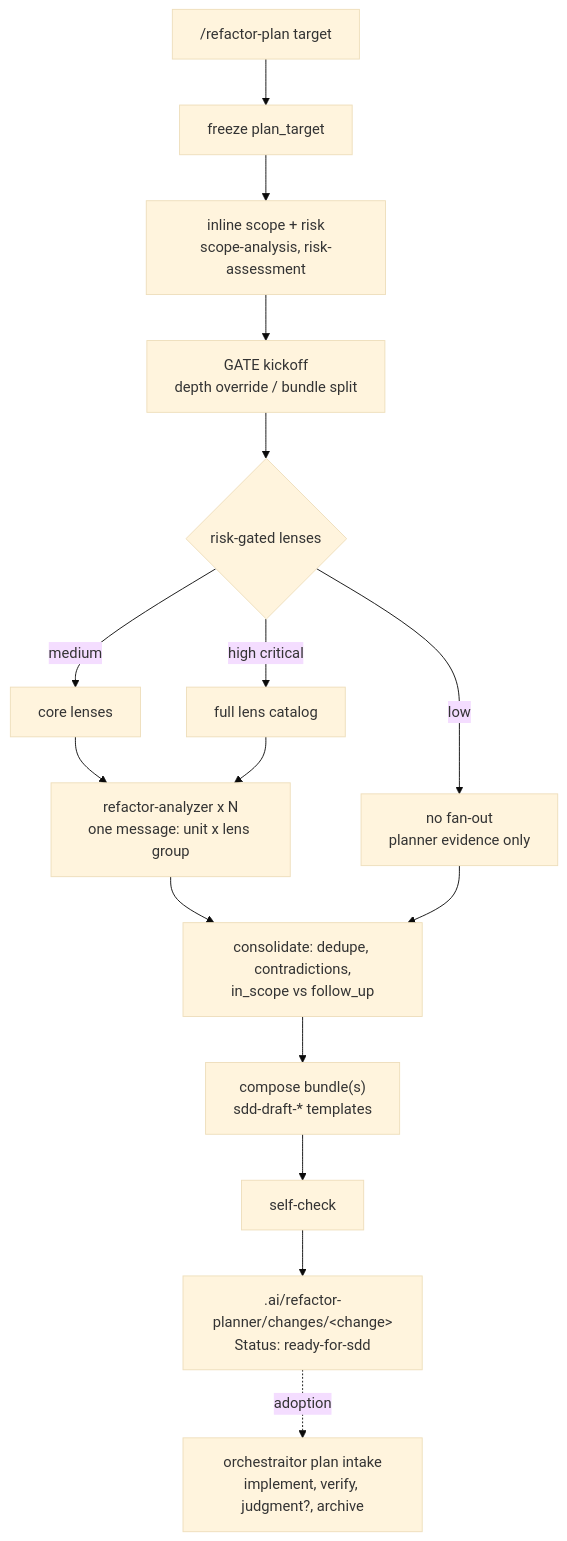
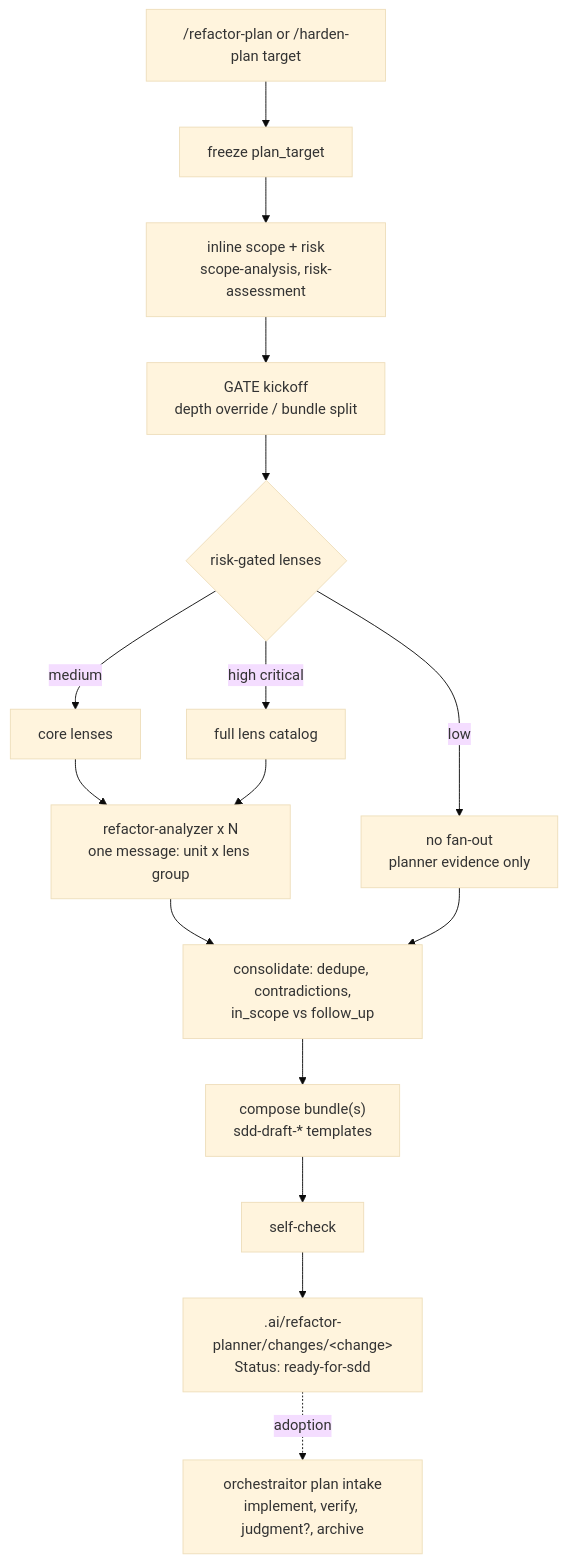
The third of 5 diagrams in docs/harness-flow-map.md (andresnator/agents-orchestrator), drawn with Mermaid (base theme) before and after one commit. The commit also changed other lines of this file and 20 other files, not shown here.

First line of the commit message:
feat(refactor): introduce /harden-plan for test safety net before refactoring

````diff
--- a/docs/harness-flow-map.md
+++ b/docs/harness-flow-map.md
@@ -137,20 +138,20 @@
 ```mermaid
 flowchart TD
-  Start["/refactor-plan target"] --> Lock["freeze plan_target"]
+  Start["/refactor-plan or /harden-plan target"] --> Lock["freeze plan_target"]
   Lock --> Scope["inline scope + risk<br/>scope-analysis, risk-assessment"]
   Scope --> Kickoff["GATE kickoff<br/>depth override / bundle split"]
   Kickoff --> Depth{"risk-gated lenses"}
 
   Depth -->|low| Light["no fan-out<br/>planner evidence only"]
   Depth -->|medium| Standard["core lenses"]
   Depth -->|high critical| Deep["full lens catalog"]
 
   Standard --> Fanout["refactor-analyzer x N<br/>one message: unit x lens group"]
   Deep --> Fanout
   Fanout --> Reducer["consolidate: dedupe, contradictions,<br/>in_scope vs follow_up"]
   Light --> Reducer
   Reducer --> Compose["compose bundle(s)<br/>sdd-draft-* templates"]
   Compose --> SelfCheck["self-check"]
   SelfCheck --> Bundle[".ai/refactor-planner/changes/&lt;change&gt;<br/>Status: ready-for-sdd"]
   Bundle -. adoption .-> Orch["orchestraitor plan intake<br/>implement, verify, judgment?, archive"]
 ```
````
